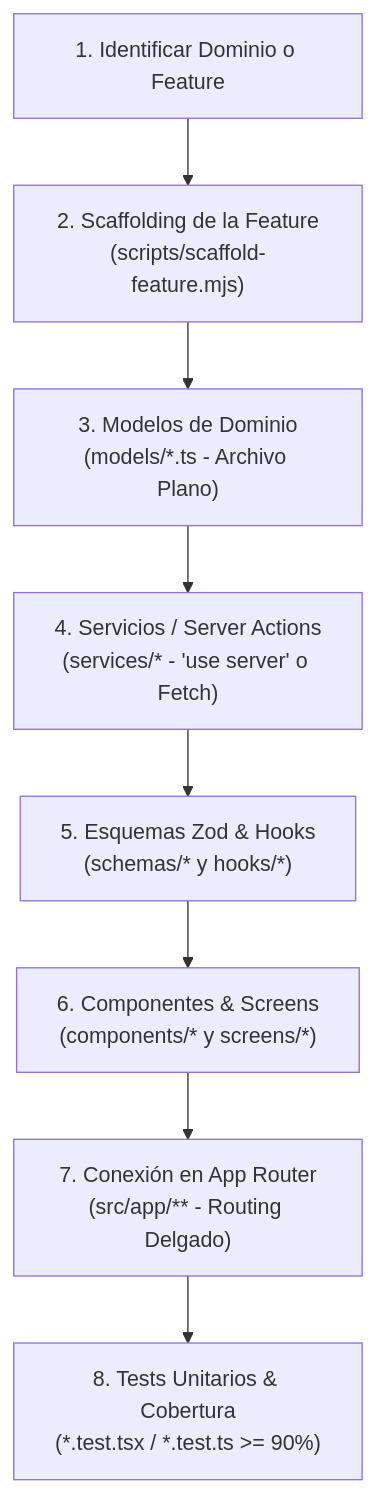
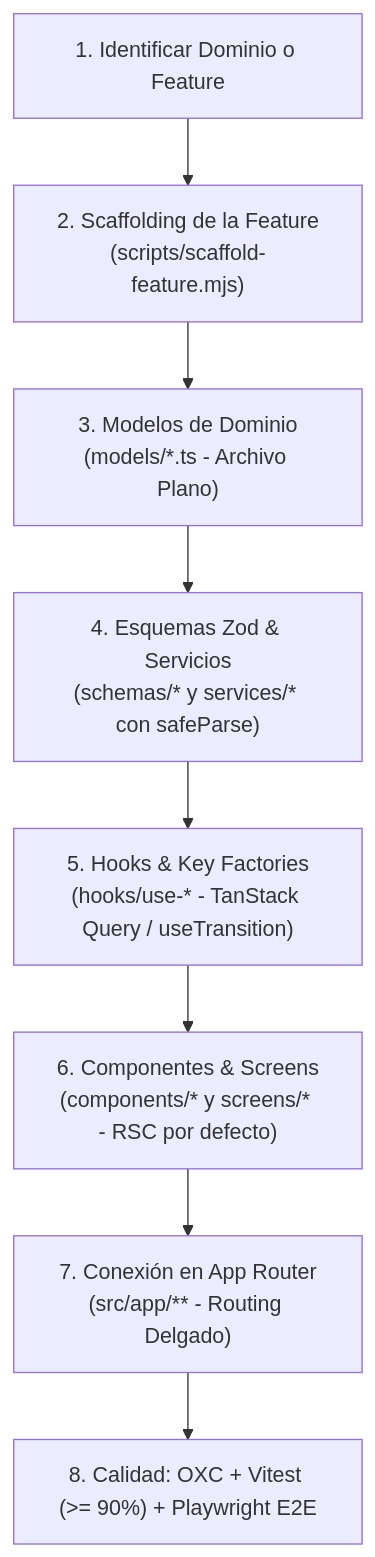
Before and after one commit to bryanus1/agent-skills: the diagram in skills/architecture/nextjs-architecture/SKILL.md, drawn with Mermaid. The commit also changed other lines of this file and 13 other files, not shown here.

First line of the commit message:
feat: ✨ architecture nextjs improvements (#14)

````diff
--- a/skills/architecture/nextjs-architecture/SKILL.md
+++ b/skills/architecture/nextjs-architecture/SKILL.md
@@ -45,10 +50,10 @@
 ```mermaid
 flowchart TD
     A["1. Identificar Dominio o Feature"] --> B["2. Scaffolding de la Feature\n(scripts/scaffold-feature.mjs)"]
     B --> C["3. Modelos de Dominio\n(models/*.ts - Archivo Plano)"]
-    C --> D["4. Servicios / Server Actions\n(services/* - 'use server' o Fetch)"]
-    D --> E["5. Esquemas Zod & Hooks\n(schemas/* y hooks/*)"]
-    E --> F["6. Componentes & Screens\n(components/* y screens/*)"]
+    C --> D["4. Esquemas Zod & Servicios\n(schemas/* y services/* con safeParse)"]
+    D --> E["5. Hooks & Key Factories\n(hooks/use-* - TanStack Query / useTransition)"]
+    E --> F["6. Componentes & Screens\n(components/* y screens/* - RSC por defecto)"]
     F --> G["7. Conexión en App Router\n(src/app/** - Routing Delgado)"]
-    G --> H["8. Tests Unitarios & Cobertura\n(*.test.tsx / *.test.ts >= 90%)"]
+    G --> H["8. Calidad: OXC + Vitest (>= 90%) + Playwright E2E"]
 ```
````
